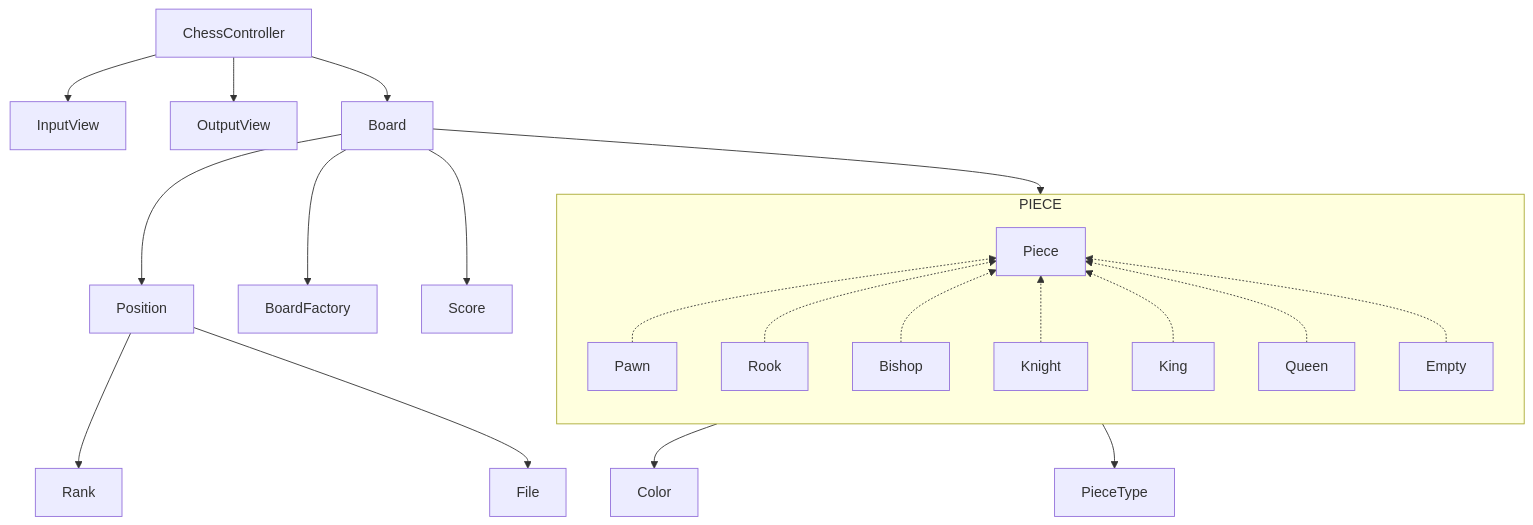
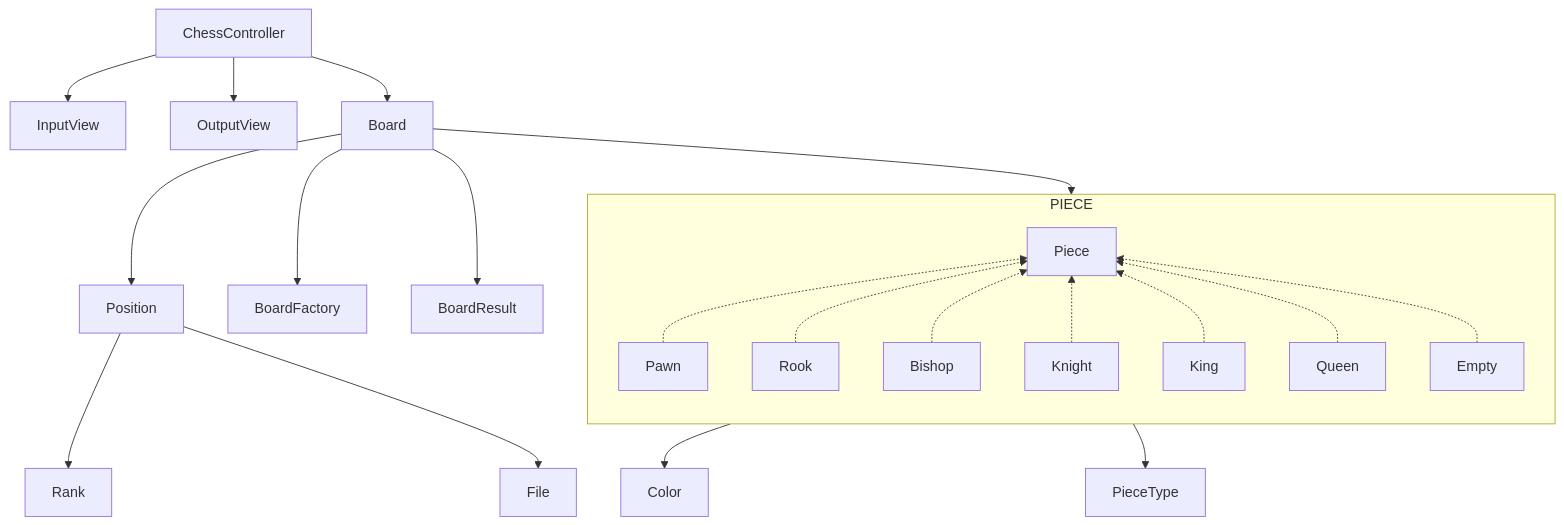
One commit to woowacourse/java-chess changed the diagram in README.md. Above: the diagram before and after it, drawn with Mermaid. The commit also changed 5 other files, not shown here.

````diff
--- a/README.md
+++ b/README.md
@@ -56,29 +56,29 @@
 ```mermaid
 graph TD
     ChessController --> InputView
     ChessController --> OutputView
 
     ChessController --> Board
     
     Board --> BoardFactory
-    Board --> Score
+    Board --> BoardResult
 
     Position --> Rank
     Position --> File
 
     Board --> Position
     Board --> PIECE
     PIECE --> Color
     PIECE --> PieceType
 
     subgraph PIECE
         direction BT
         Pawn -.-> Piece
         Rook -.-> Piece
         Bishop -.-> Piece
         Knight -.-> Piece
         King -.-> Piece
         Queen -.-> Piece
         Empty -.-> Piece
     end
 ```
````
